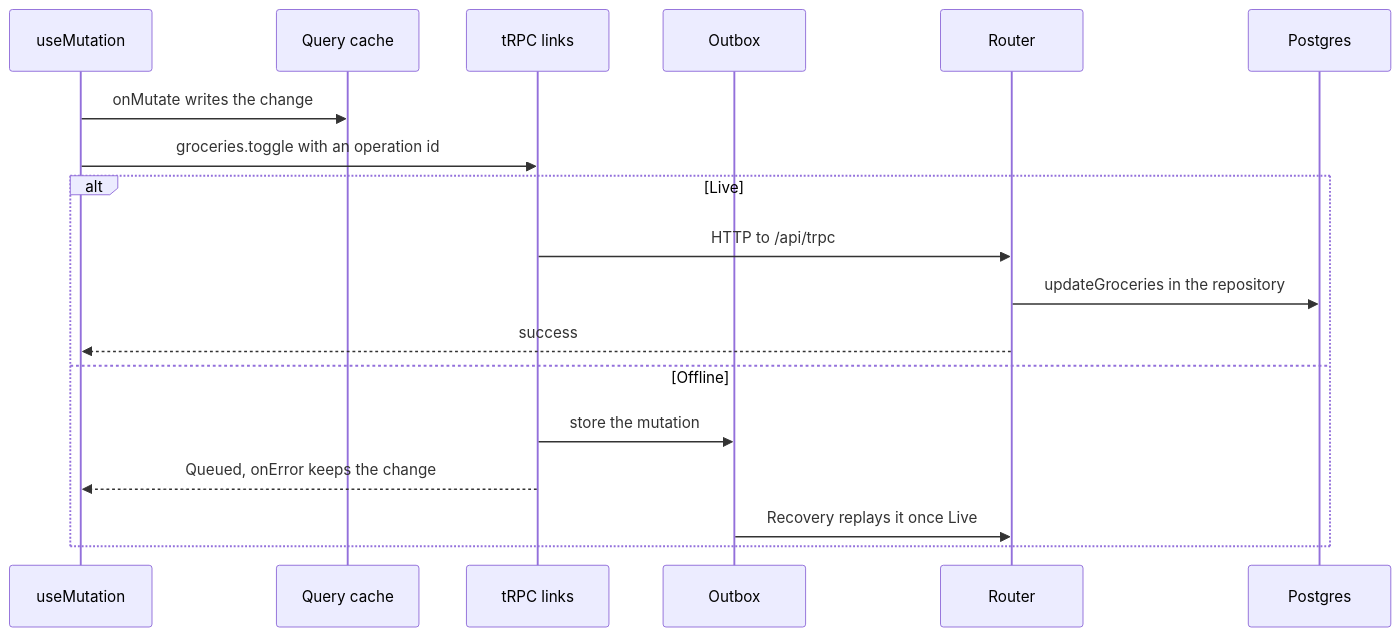
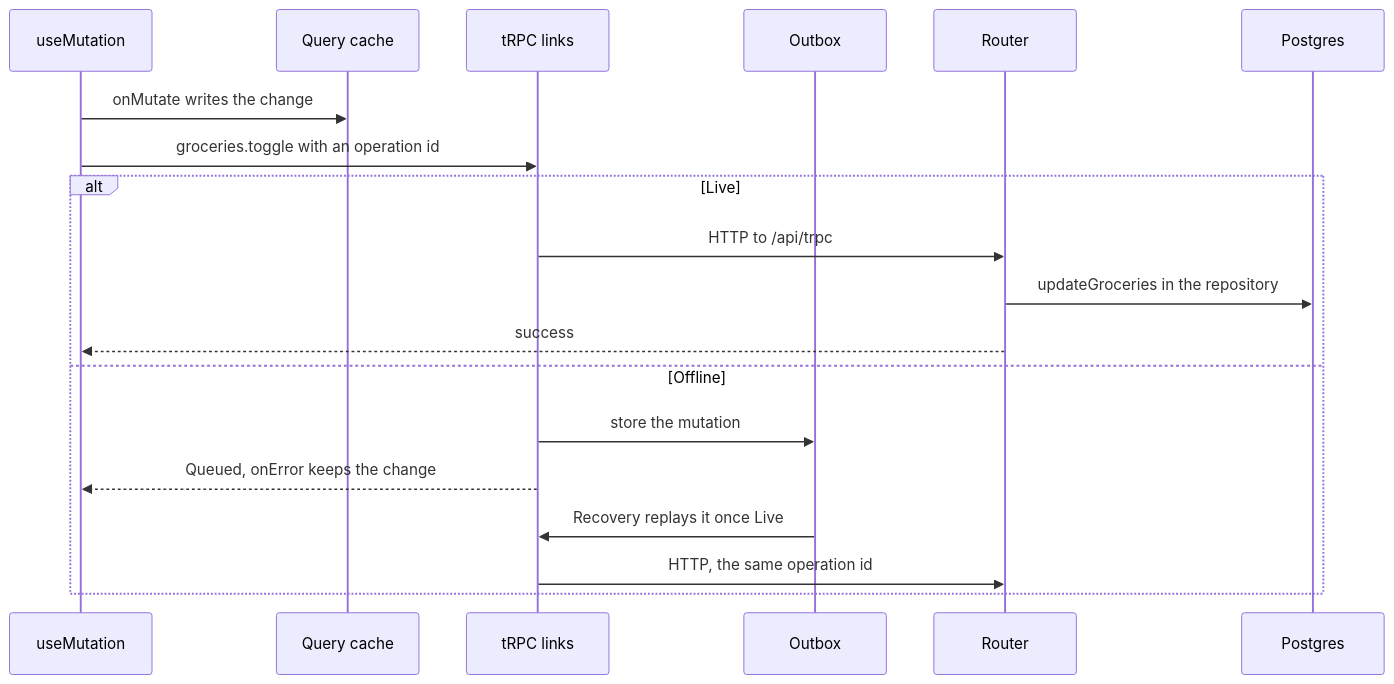
Before and after one commit to norish-recipes/norish: the second of 3 diagrams in apps/docs/docs/development/architecture.md, drawn with Mermaid. The commit also changed other lines of this file, not shown here.

Commit message:
docs: the Architecture page's review fixes

````diff
--- a/apps/docs/docs/development/architecture.md
+++ b/apps/docs/docs/development/architecture.md
@@ -248,20 +248,21 @@
 ```mermaid
 sequenceDiagram
   participant M as useMutation
   participant Q as Query cache
   participant L as tRPC links
   participant O as Outbox
   participant R as Router
   participant P as Postgres
   M->>Q: onMutate writes the change
   M->>L: groceries.toggle with an operation id
   alt Live
     L->>R: HTTP to /api/trpc
     R->>P: updateGroceries in the repository
     R-->>M: success
   else Offline
     L->>O: store the mutation
     L-->>M: Queued, onError keeps the change
-    O->>R: Recovery replays it once Live
+    O->>L: Recovery replays it once Live
+    L->>R: HTTP, the same operation id
   end
 ```
````
